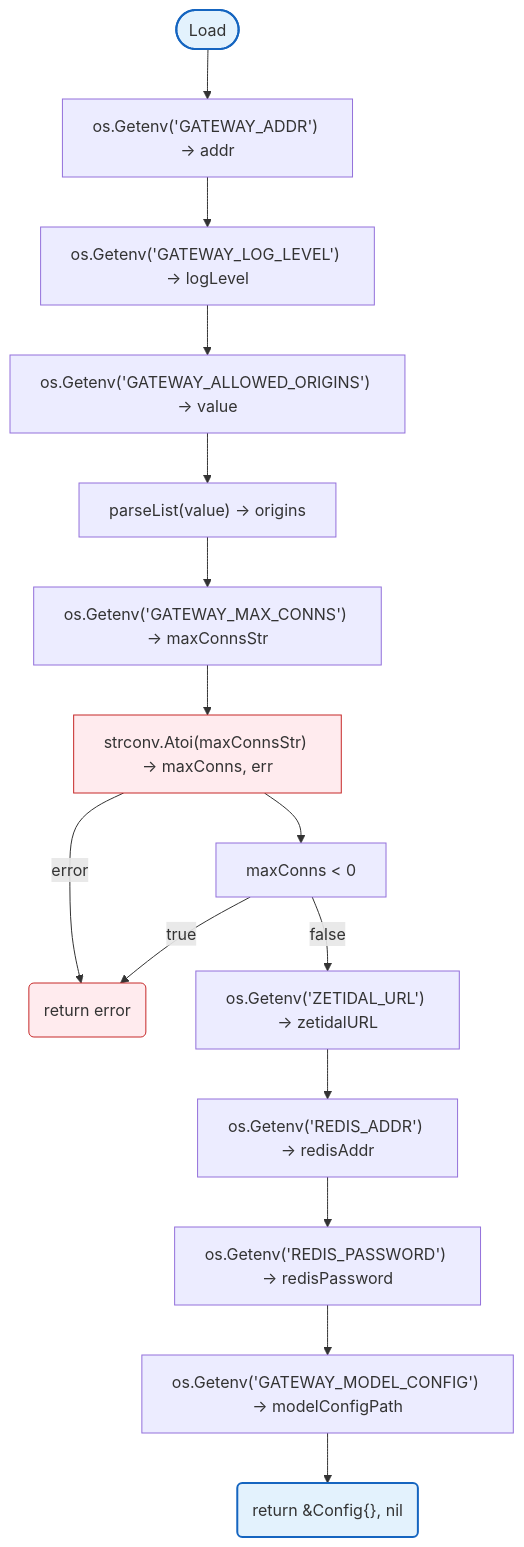
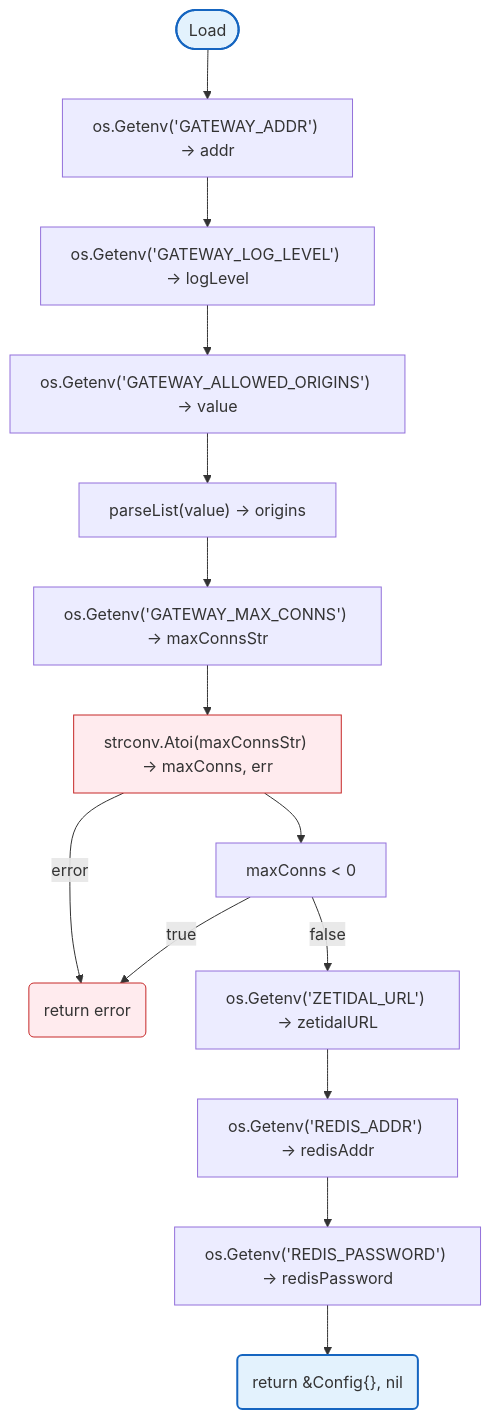
The first of 2 diagrams in docs/config/README.md (radch-ai/ava), drawn with Mermaid before and after one commit. The commit also changed other lines of this file and 2 other files, not shown here.

First line of the commit message:
docs: remove outdated GATEWAY_MODEL_CONFIG references

````diff
--- a/docs/config/README.md
+++ b/docs/config/README.md
@@ -9,23 +9,22 @@
 ```mermaid
 flowchart TB
     Start([Load]) --> GetAddr["os.Getenv('GATEWAY_ADDR') → addr"]
     GetAddr --> GetLevel["os.Getenv('GATEWAY_LOG_LEVEL') → logLevel"]
     GetLevel --> GetOrigins["os.Getenv('GATEWAY_ALLOWED_ORIGINS') → value"]
     GetOrigins --> ParseOrigins["parseList(value) → origins"]
     ParseOrigins --> GetMaxConns["os.Getenv('GATEWAY_MAX_CONNS') → maxConnsStr"]
     GetMaxConns --> ParseMax["strconv.Atoi(maxConnsStr) → maxConns, err"]
     ParseMax -->|error| DoneErr("return error")
     ParseMax --> CheckNeg["maxConns < 0"]
     CheckNeg -->|true| DoneErr
     CheckNeg -->|false| GetZetidalURL["os.Getenv('ZETIDAL_URL') → zetidalURL"]
     GetZetidalURL --> GetRedis["os.Getenv('REDIS_ADDR') → redisAddr"]
     GetRedis --> GetRedisPwd["os.Getenv('REDIS_PASSWORD') → redisPassword"]
-    GetRedisPwd --> GetModelCfg["os.Getenv('GATEWAY_MODEL_CONFIG') → modelConfigPath"]
-    GetModelCfg --> DoneOk("return &Config{}, nil")
+    GetRedisPwd --> DoneOk("return &Config{}, nil")
 
     classDef mainFn fill:#e3f2fd,stroke:#1565c0,stroke-width:2px
     classDef errorFlow fill:#ffebee,stroke:#c62828,stroke-width:1px
 
     class Start,DoneOk mainFn
     class ParseMax,DoneErr errorFlow
 ```
````
